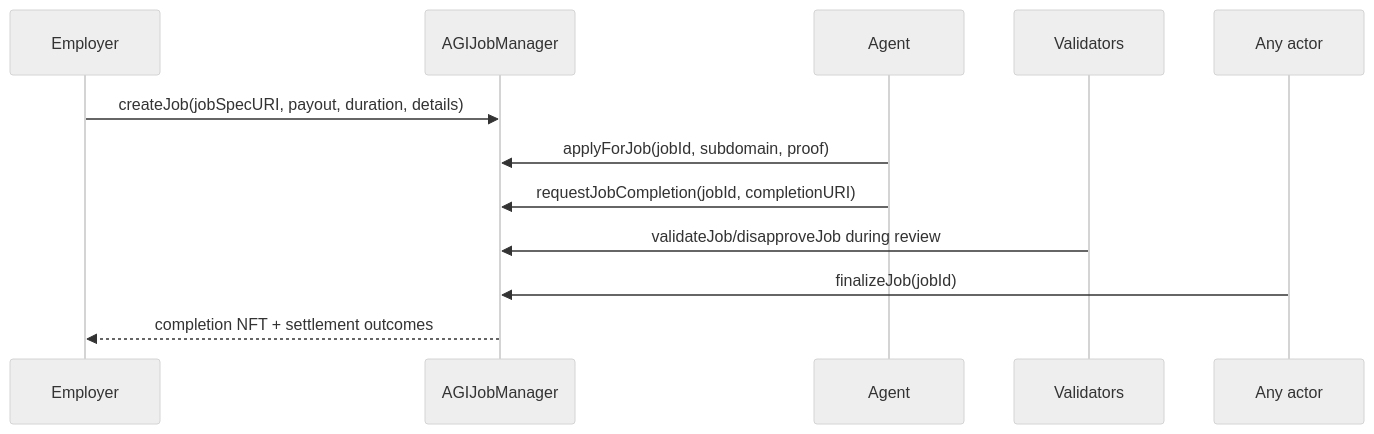
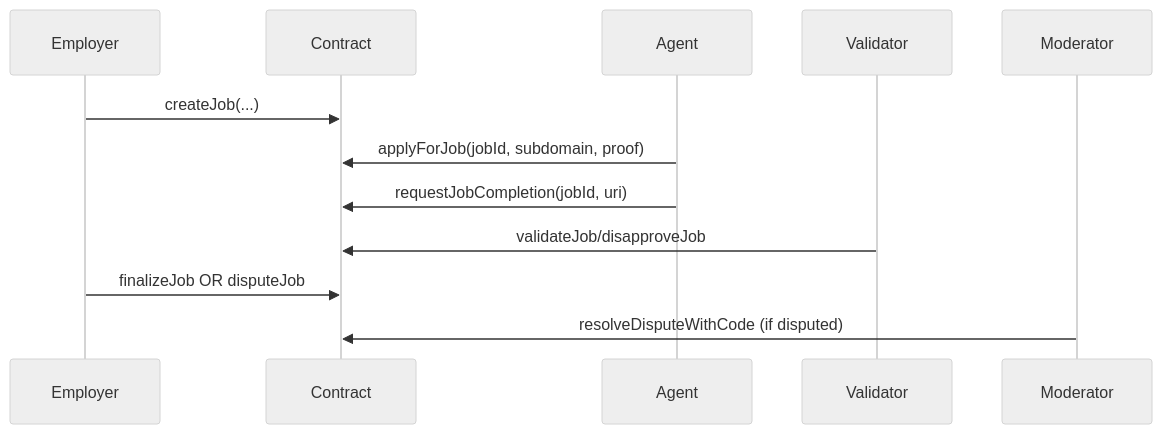
The fourth of 4 diagrams in docs/DEPLOYMENT/OWNER_MAINNET_DEPLOYMENT_AND_OPERATIONS_GUIDE.md (MontrealAI/AGIJobManager), drawn with Mermaid (neutral theme) before and after one commit. The commit also changed other lines of this file, not shown here.

````diff
--- a/docs/DEPLOYMENT/OWNER_MAINNET_DEPLOYMENT_AND_OPERATIONS_GUIDE.md
+++ b/docs/DEPLOYMENT/OWNER_MAINNET_DEPLOYMENT_AND_OPERATIONS_GUIDE.md
@@ -328,14 +237,15 @@
 ```mermaid
 sequenceDiagram
   participant Employer
-  participant Contract as AGIJobManager
+  participant Contract
   participant Agent
-  participant Validators
+  participant Validator
+  participant Moderator
 
-  Employer->>Contract: createJob(jobSpecURI, payout, duration, details)
+  Employer->>Contract: createJob(...)
   Agent->>Contract: applyForJob(jobId, subdomain, proof)
-  Agent->>Contract: requestJobCompletion(jobId, completionURI)
-  Validators->>Contract: validateJob/disapproveJob during review
-  Any actor->>Contract: finalizeJob(jobId)
-  Contract-->>Employer: completion NFT + settlement outcomes
+  Agent->>Contract: requestJobCompletion(jobId, uri)
+  Validator->>Contract: validateJob/disapproveJob
+  Employer->>Contract: finalizeJob OR disputeJob
+  Moderator->>Contract: resolveDisputeWithCode (if disputed)
 ```
````
